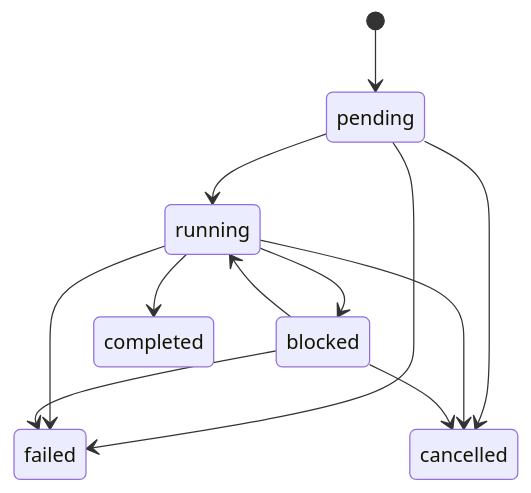
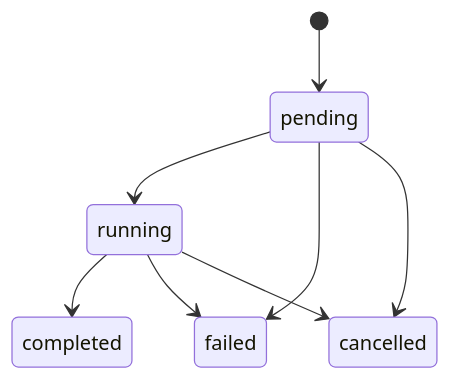
The second of 2 diagrams in docs/guide/automations.md (microsoft/agent-host-protocol), drawn with Mermaid before and after one commit. The commit also changed other lines of this file and 11 other files, not shown here.

````diff
--- a/docs/guide/automations.md
+++ b/docs/guide/automations.md
@@ -385,14 +385,10 @@
 ```mermaid
 stateDiagram-v2
   [*] --> pending
   pending --> running
   pending --> failed
   pending --> cancelled
-  running --> blocked
-  blocked --> running
   running --> completed
   running --> failed
   running --> cancelled
-  blocked --> failed
-  blocked --> cancelled
 ```
````
